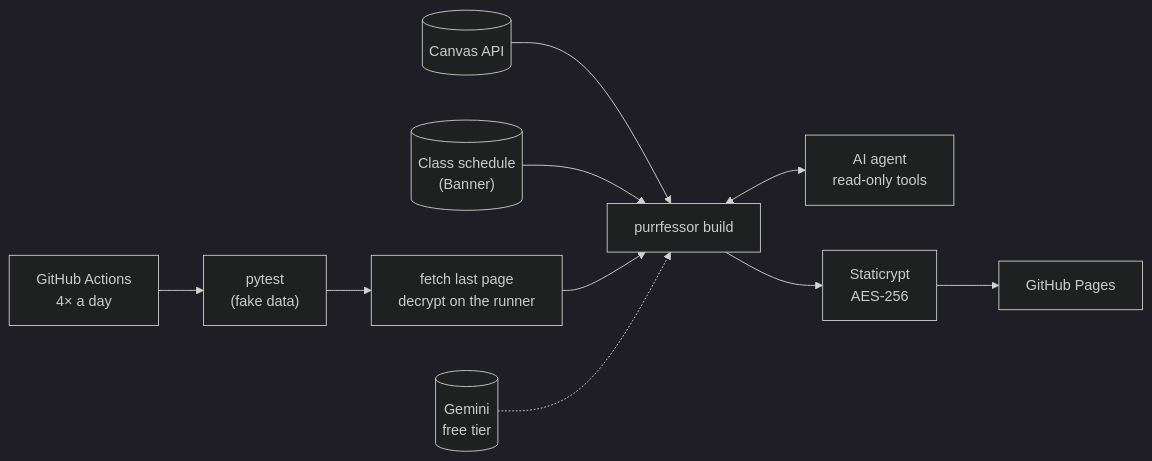
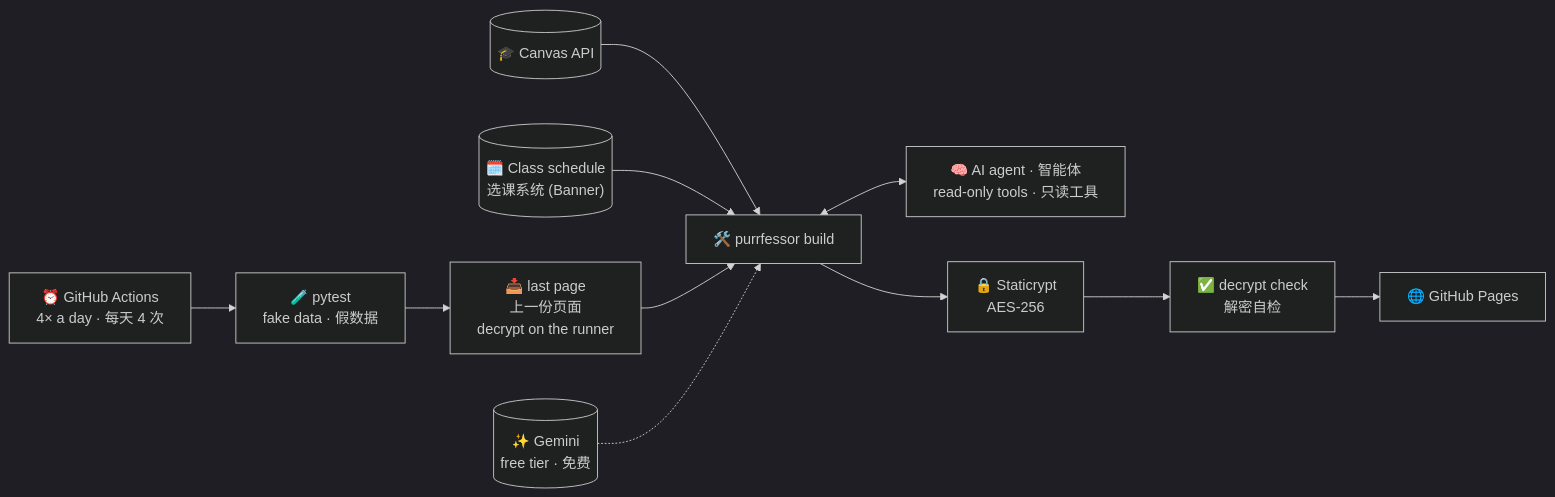
Before and after one commit to ShepherdLoveYou/purrfessor: the first of 2 diagrams in README.md, drawn with Mermaid (dark theme). The commit also changed other lines of this file and 4 other files, not shown here.

````diff
--- a/README.md
+++ b/README.md
@@ -109,11 +179,11 @@
 ```mermaid
 flowchart LR
-  cron["GitHub Actions<br>4× a day"] --> test["pytest<br>(fake data)"]
-  test --> prev["fetch last page<br>decrypt on the runner"]
-  canvas[("Canvas API")] --> build
-  banner[("Class schedule<br>(Banner)")] --> build
-  prev --> build["purrfessor build"]
-  gemini[("Gemini<br>free tier")] -.-> build
-  build <--> agent["AI agent<br>read-only tools"]
-  build --> enc["Staticrypt<br>AES-256"] --> pages["GitHub Pages"]
+  cron["⏰ GitHub Actions<br>4× a day · 每天 4 次"] --> test["🧪 pytest<br>fake data · 假数据"]
+  test --> prev["📥 last page<br>上一份页面<br>decrypt on the runner"]
+  canvas[("🎓 Canvas API")] --> build
+  banner[("🗓️ Class schedule<br>选课系统 (Banner)")] --> build
+  prev --> build["🛠️ purrfessor build"]
+  gemini[("✨ Gemini<br>free tier · 免费")] -.-> build
+  build <--> agent["🧠 AI agent · 智能体<br>read-only tools · 只读工具"]
+  build --> enc["🔒 Staticrypt<br>AES-256"] --> check["✅ decrypt check<br>解密自检"] --> pages["🌐 GitHub Pages"]
 ```
````
